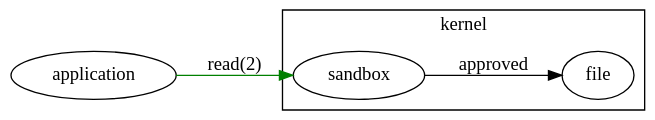
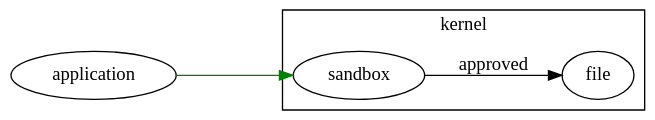
One commit to kristapsdz/bchs changed the diagram in pledge-fig1.dot. Above: the diagram before and after it, drawn with Graphviz. The commit also changed 4 other files, not shown here.

```diff
--- a/pledge-fig1.dot
+++ b/pledge-fig1.dot
@@ -1,13 +1,13 @@
 digraph {
 	graph [rankdir="LR"];
 	bgcolor="transparent";
 
 	app [label="application"];
 	subgraph cluster_0 {
 		label="kernel";
 		sandbox [label="sandbox"];
 		res [label="file"];
 		sandbox -> res [label="approved"]; 
 	};
-	app -> sandbox [label="read(2)"; color="green"];
+	app -> sandbox [label="read(2)"; color="green"; fontcolor="white"];
 }
```
